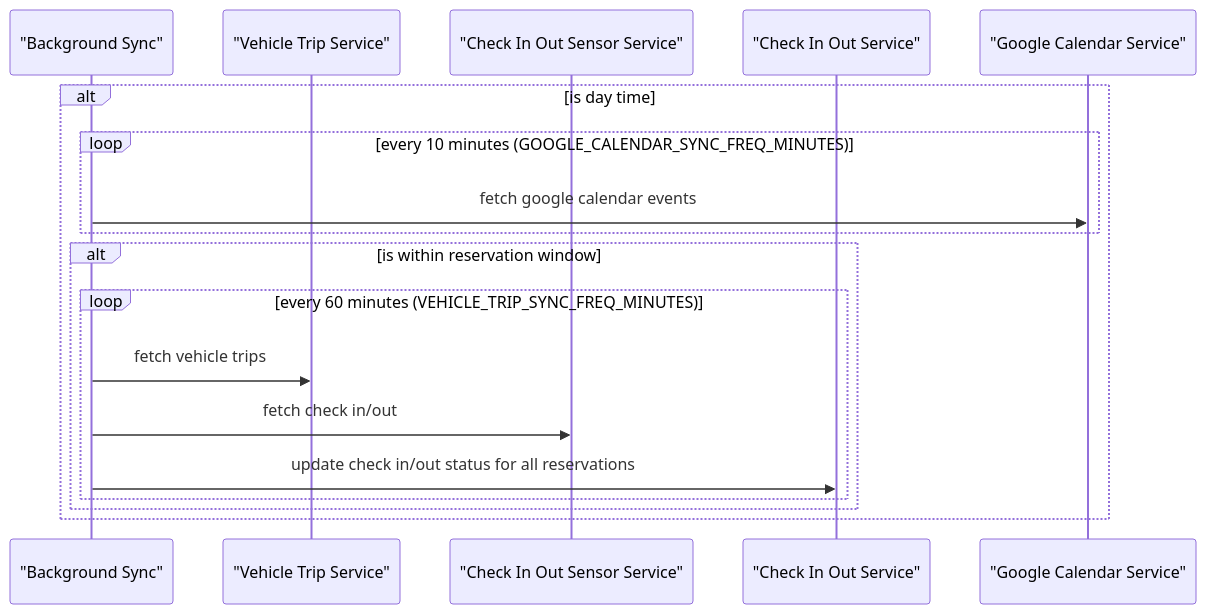
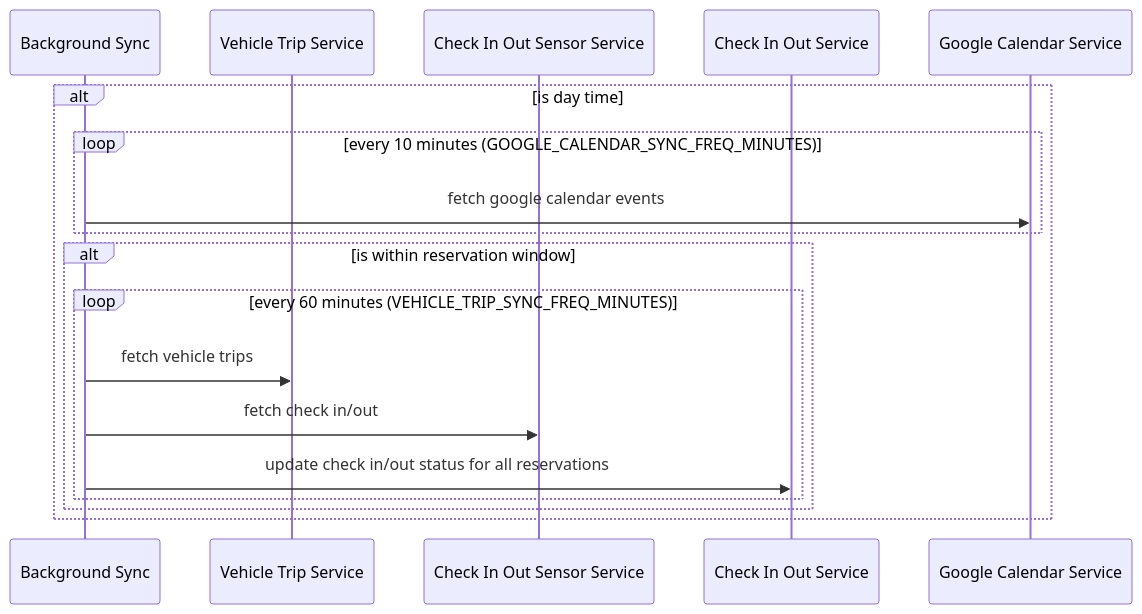
One commit to ismarslomic/cabin-visits-kotlin changed the second of 2 diagrams in docs/solution_architecture.md. Above: the diagram before and after it, drawn with Mermaid. The commit also changed other lines of this file, not shown here.

Commit message:
docs(architecture): remove quotes in names

````diff
--- a/docs/solution_architecture.md
+++ b/docs/solution_architecture.md
@@ -22,22 +22,22 @@
 ```mermaid
 sequenceDiagram
-    participant BackgroundSync as "Background Sync"
-    participant VehicleTripService as "Vehicle Trip Service"
-    participant CheckInOutSensorService as "Check In Out Sensor Service"
-    participant CheckInOutService as "Check In Out Service"
-    participant GoogleCalendarService as "Google Calendar Service"
+    participant BackgroundSync as Background Sync
+    participant VehicleTripService as Vehicle Trip Service
+    participant CheckInOutSensorService as Check In Out Sensor Service
+    participant CheckInOutService as Check In Out Service
+    participant GoogleCalendarService as Google Calendar Service
 
     alt is day time
         loop every 10 minutes (GOOGLE_CALENDAR_SYNC_FREQ_MINUTES)
             BackgroundSync->>GoogleCalendarService: fetch google calendar events
         end
         
         alt is within reservation window
             loop every 60 minutes (VEHICLE_TRIP_SYNC_FREQ_MINUTES)
                 BackgroundSync->>VehicleTripService: fetch vehicle trips
                 BackgroundSync->>CheckInOutSensorService: fetch check in/out
                 BackgroundSync->>CheckInOutService: update check in/out status for all reservations
             end
         end
     end
 ```
````
